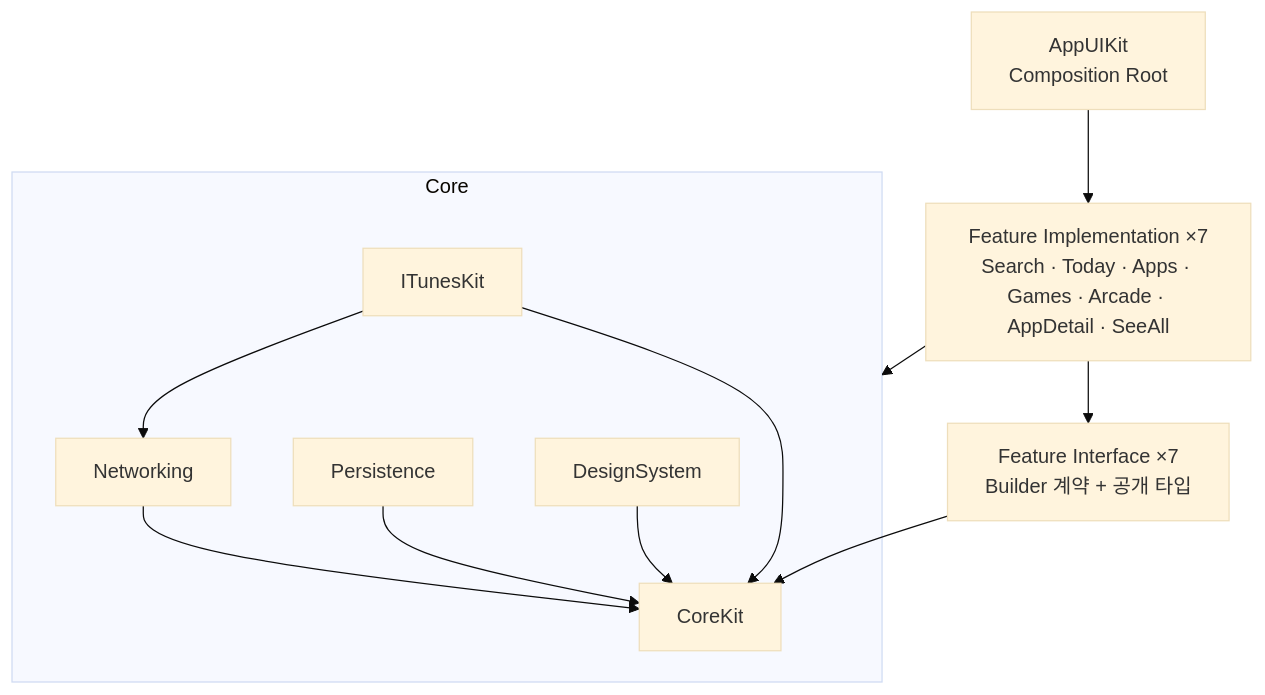
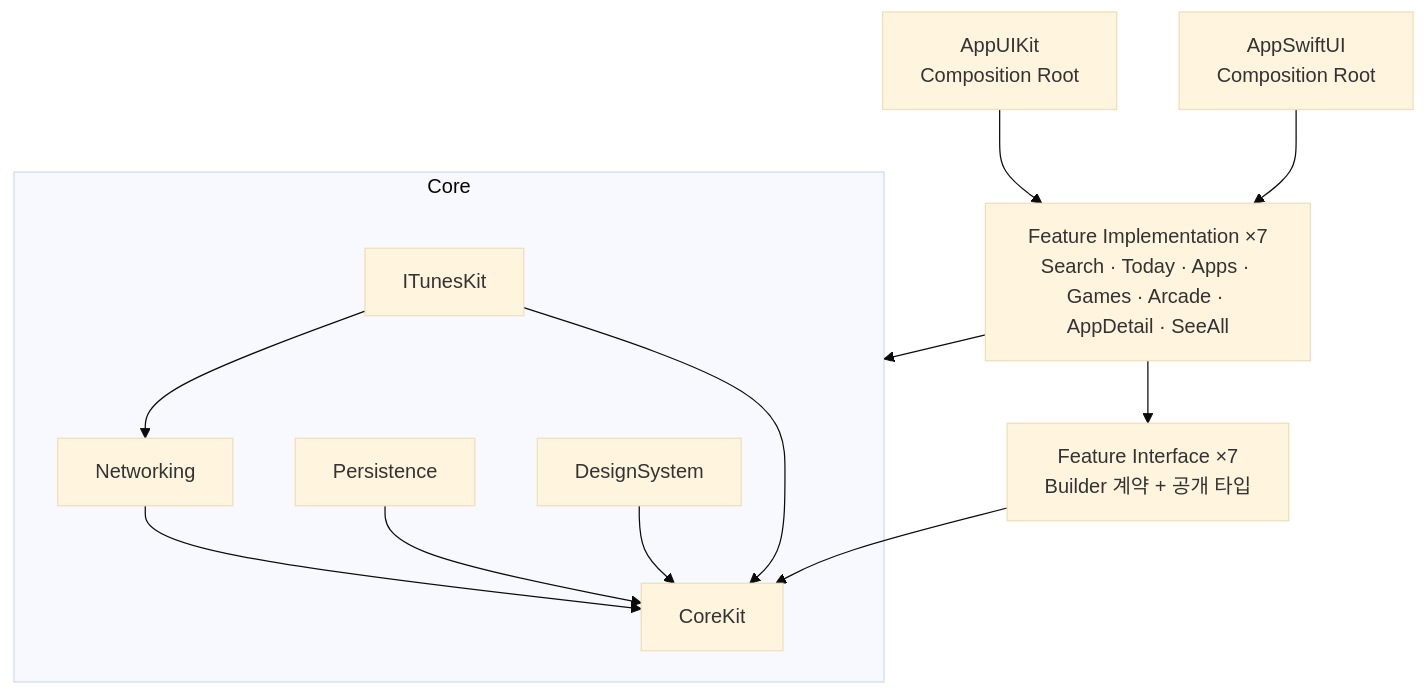
One commit to Groot-94/My_AppStore changed the diagram in README.md. Above: the diagram before and after it, drawn with Mermaid (base theme). The commit also changed other lines of this file and 1 other file, not shown here.

````diff
--- a/README.md
+++ b/README.md
@@ -27,14 +39,15 @@
 ```mermaid
 graph TD
     App[AppUIKit<br/>Composition Root] --> Impl[Feature Implementation ×7<br/>Search · Today · Apps · Games · Arcade · AppDetail · SeeAll]
+    AppSUI[AppSwiftUI<br/>Composition Root] --> Impl
     Impl --> Intf[Feature Interface ×7<br/>Builder 계약 + 공개 타입]
     Impl --> Core
     Intf --> CoreKit
     subgraph Core
         ITunesKit --> Networking
         Networking --> CoreKit
         Persistence --> CoreKit
         ITunesKit --> CoreKit
         DesignSystem --> CoreKit
     end
 ```
````
